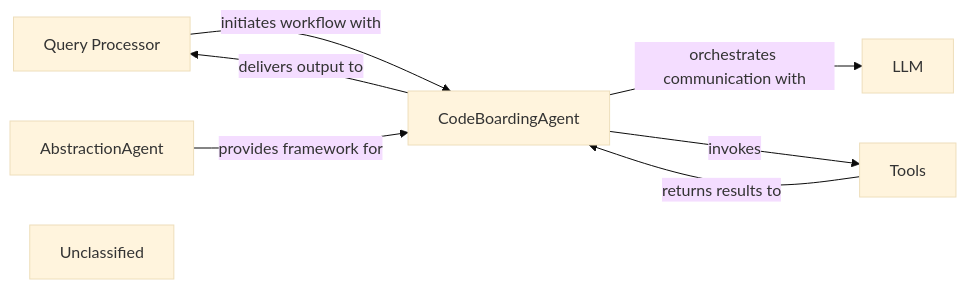
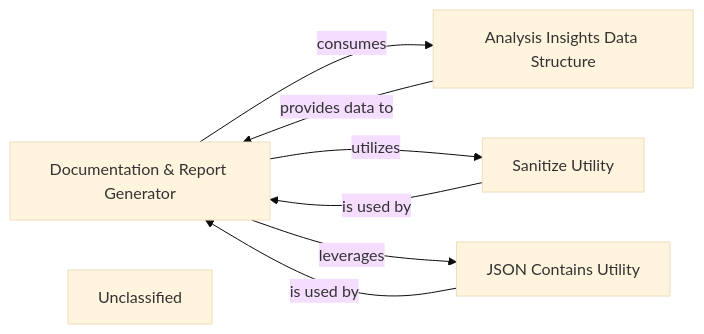
The third of 8 diagrams in docs/development/architecture.md (CodeBoarding/CodeBoarding), drawn with Mermaid (base theme) before and after one commit. The commit also changed other lines of this file and 25 other files, not shown here.

First line of the commit message:
docs: update codeboarding documentation and generate architecture

````diff
--- a/docs/development/architecture.md
+++ b/docs/development/architecture.md
@@ -199,15 +176,15 @@
 ```mermaid
 graph LR
-    Query_Processor["Query Processor"]
-    AbstractionAgent["AbstractionAgent"]
-    CodeBoardingAgent["CodeBoardingAgent"]
-    Tools["Tools"]
+    Documentation_Report_Generator["Documentation & Report Generator"]
+    Analysis_Insights_Data_Structure["Analysis Insights Data Structure"]
+    Sanitize_Utility["Sanitize Utility"]
+    JSON_Contains_Utility["JSON Contains Utility"]
     Unclassified["Unclassified"]
-    Unclassified["Unclassified"]
-    Query_Processor -- "initiates workflow with" --> CodeBoardingAgent
-    CodeBoardingAgent -- "orchestrates communication with" --> LLM
-    CodeBoardingAgent -- "invokes" --> Tools
-    Tools -- "returns results to" --> CodeBoardingAgent
-    CodeBoardingAgent -- "delivers output to" --> Query_Processor
-    AbstractionAgent -- "provides framework for" --> CodeBoardingAgent
+    Documentation_Report_Generator -- "consumes" --> Analysis_Insights_Data_Structure
+    Documentation_Report_Generator -- "utilizes" --> Sanitize_Utility
+    Documentation_Report_Generator -- "leverages" --> JSON_Contains_Utility
+    Analysis_Insights_Data_Structure -- "provides data to" --> Documentation_Report_Generator
+    Sanitize_Utility -- "is used by" --> Documentation_Report_Generator
+    JSON_Contains_Utility -- "is used by" --> Documentation_Report_Generator
+    click Documentation_Report_Generator href "https://github.com/CodeBoarding/CodeBoarding/blob/main/.codeboarding/Documentation_Report_Generator.md" "Details"
 ```
````
